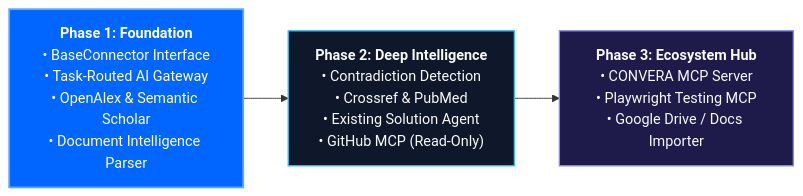
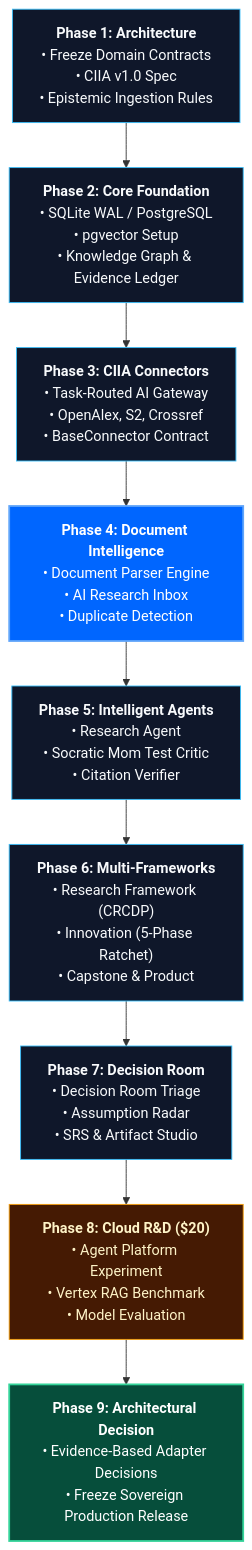
The seventh of 7 diagrams in docs/CONVERA_INTELLIGENCE_INTEGRATION_ARCHITECTURE.md (markalvincadangin/CONVERA), drawn with Mermaid before and after one commit. The commit also changed other lines of this file, not shown here.

First line of the commit message:
docs(ciia): integrate free-first core and Google Cloud experimental acceleration governance ( credits)

````diff
--- a/docs/CONVERA_INTELLIGENCE_INTEGRATION_ARCHITECTURE.md
+++ b/docs/CONVERA_INTELLIGENCE_INTEGRATION_ARCHITECTURE.md
@@ -294,14 +274,24 @@
 ```mermaid
-graph LR
-    P0["<b>Phase 1: Foundation</b><br/>• BaseConnector Interface<br/>• Task-Routed AI Gateway<br/>• OpenAlex & Semantic Scholar<br/>• Document Intelligence Parser"]
-    
-    P1["<b>Phase 2: Deep Intelligence</b><br/>• Contradiction Detection<br/>• Crossref & PubMed<br/>• Existing Solution Agent<br/>• GitHub MCP (Read-Only)"]
-    
-    P2["<b>Phase 3: Ecosystem Hub</b><br/>• CONVERA MCP Server<br/>• Playwright Testing MCP<br/>• Google Drive / Docs Importer"]
+graph TD
+    P1["<b>Phase 1: Architecture</b><br/>• Freeze Domain Contracts<br/>• CIIA v1.0 Spec<br/>• Epistemic Ingestion Rules"]
+    P2["<b>Phase 2: Core Foundation</b><br/>• SQLite WAL / PostgreSQL<br/>• pgvector Setup<br/>• Knowledge Graph & Evidence Ledger"]
+    P3["<b>Phase 3: CIIA Connectors</b><br/>• Task-Routed AI Gateway<br/>• OpenAlex, S2, Crossref<br/>• BaseConnector Contract"]
+    P4["<b>Phase 4: Document Intelligence</b><br/>• Document Parser Engine<br/>• AI Research Inbox<br/>• Duplicate Detection"]
+    P5["<b>Phase 5: Intelligent Agents</b><br/>• Research Agent<br/>• Socratic Mom Test Critic<br/>• Citation Verifier"]
+    P6["<b>Phase 6: Multi-Frameworks</b><br/>• Research Framework (CRCDP)<br/>• Innovation (5-Phase Ratchet)<br/>• Capstone & Product"]
+    P7["<b>Phase 7: Decision Room</b><br/>• Decision Room Triage<br/>• Assumption Radar<br/>• SRS & Artifact Studio"]
+    P8["<b>Phase 8: Cloud R&D ($20)</b><br/>• Agent Platform Experiment<br/>• Vertex RAG Benchmark<br/>• Model Evaluation"]
+    P9["<b>Phase 9: Architectural Decision</b><br/>• Evidence-Based Adapter Decisions<br/>• Freeze Sovereign Production Release"]
 
-    P0 --> P1 --> P2
-    
-    style P0 fill:#0066ff,stroke:#60a5fa,stroke-width:2px,color:#ffffff
-    style P1 fill:#0f172a,stroke:#38bdf8,stroke-width:1.5px,color:#f8fafc
-    style P2 fill:#1e1b4b,stroke:#818cf8,stroke-width:1.5px,color:#f8fafc
+    P1 --> P2 --> P3 --> P4 --> P5 --> P6 --> P7 --> P8 --> P9
+
+    style P1 fill:#0f172a,stroke:#38bdf8,color:#f8fafc
+    style P2 fill:#0f172a,stroke:#38bdf8,color:#f8fafc
+    style P3 fill:#0f172a,stroke:#38bdf8,color:#f8fafc
+    style P4 fill:#0066ff,stroke:#60a5fa,stroke-width:2px,color:#ffffff
+    style P5 fill:#0f172a,stroke:#38bdf8,color:#f8fafc
+    style P6 fill:#0f172a,stroke:#38bdf8,color:#f8fafc
+    style P7 fill:#0f172a,stroke:#38bdf8,color:#f8fafc
+    style P8 fill:#451a03,stroke:#f59e0b,color:#fef3c7
+    style P9 fill:#064e3b,stroke:#34d399,stroke-width:2px,color:#ffffff
 ```
````
